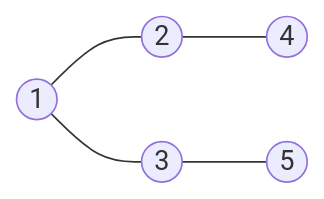
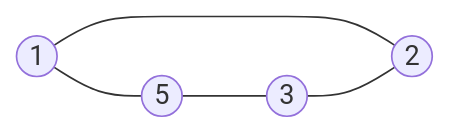
Before and after one commit to coldrain-f/my-docusaurus: the ninth of 16 diagrams in cs/dataStructure/02.그래프.md, drawn with Mermaid. The commit also changed other lines of this file, not shown here.

Commit message:
update: 자료구조 그래프 다이어그램 추가 및 추가 설명

````diff
--- a/cs/dataStructure/02.그래프.md
+++ b/cs/dataStructure/02.그래프.md
@@ -53,7 +138,7 @@
 ```mermaid
 flowchart LR
     id1((1))---id2((2));
-    id1((1))---id3((3));
-    id2((2))---id4((4));
-    id3((3))---id5((5));
+    id1((1))---id5((5));
+    id5((5))---id3((3));
+    id3((3))---id2((2));
 ```
````
